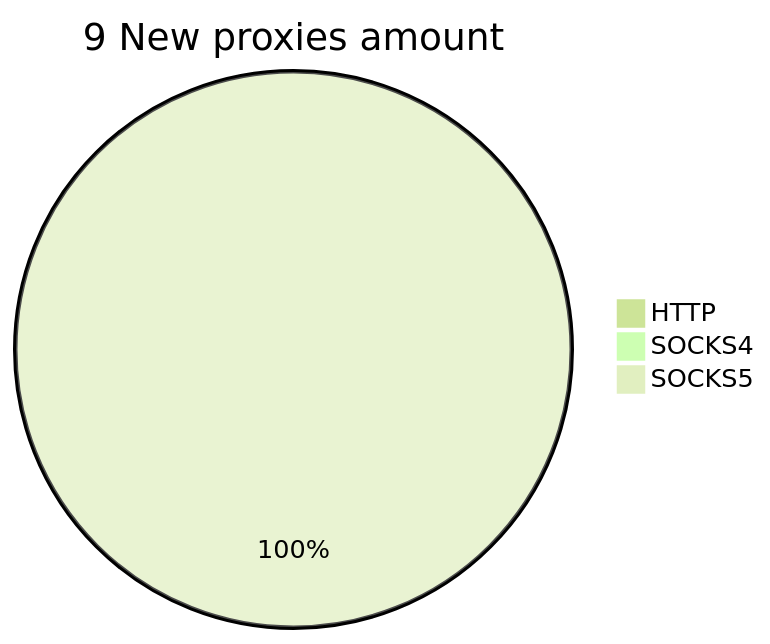
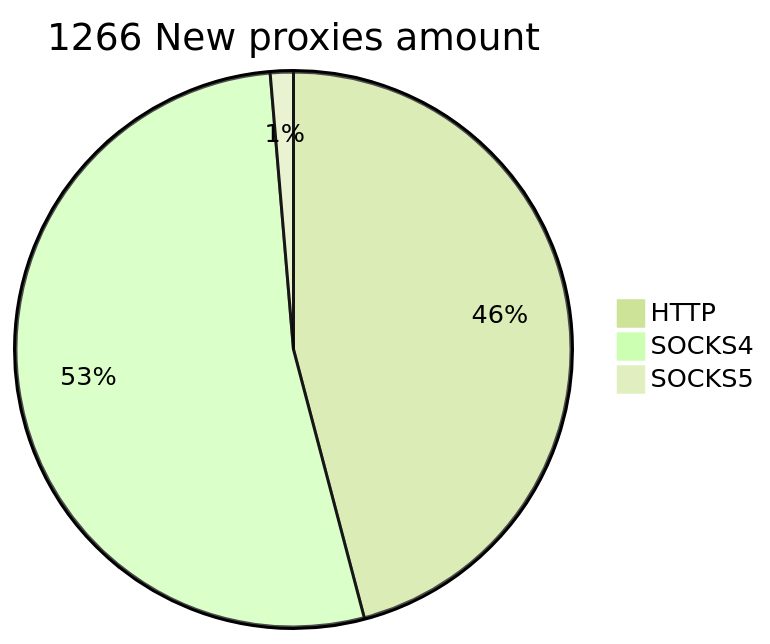
Before and after one commit to cutipu/proxylist: the second of 2 diagrams in README.md, drawn with Mermaid (forest theme). The commit also changed other lines of this file, not shown here.

````diff
--- a/README.md
+++ b/README.md
@@ -10,6 +10,6 @@
 ```mermaid
-pie title 9 New proxies amount
-    "HTTP" : 0
-    "SOCKS4" : 0
-    "SOCKS5" : 9
+pie title 1266 New proxies amount
+    "HTTP" : 581
+    "SOCKS4" : 668
+    "SOCKS5" : 17
 ```
````
